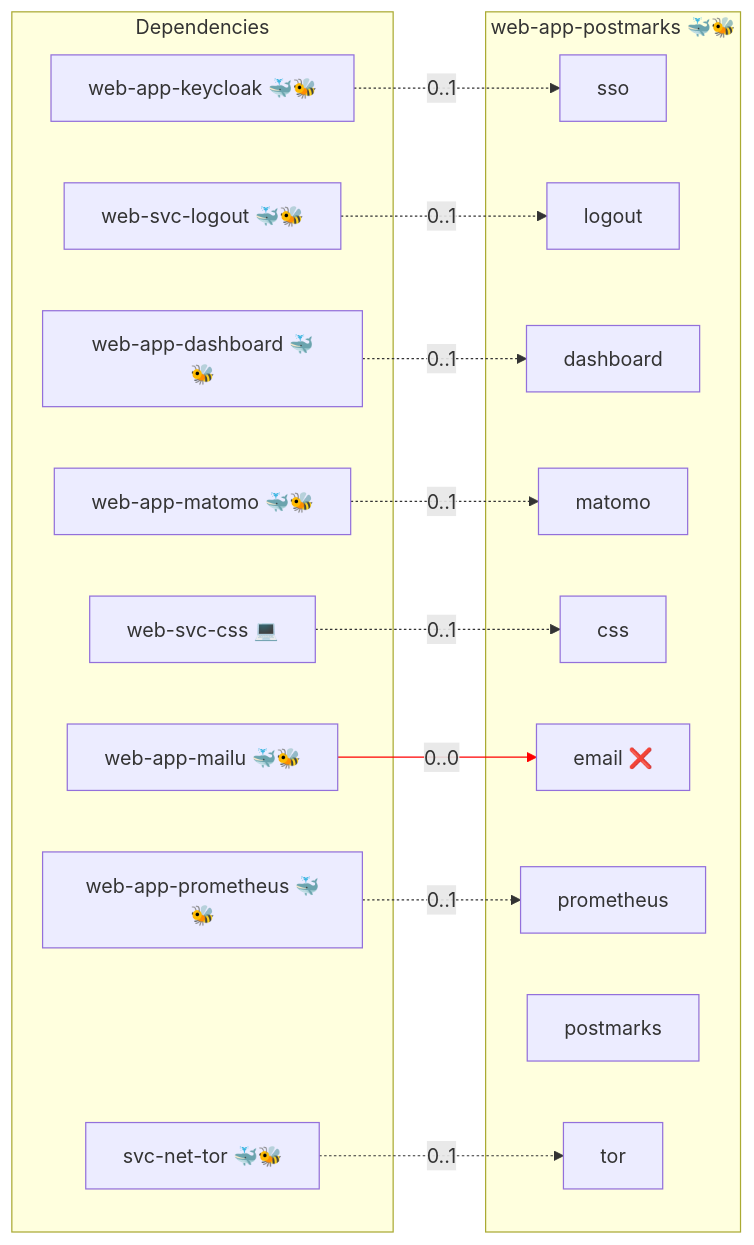
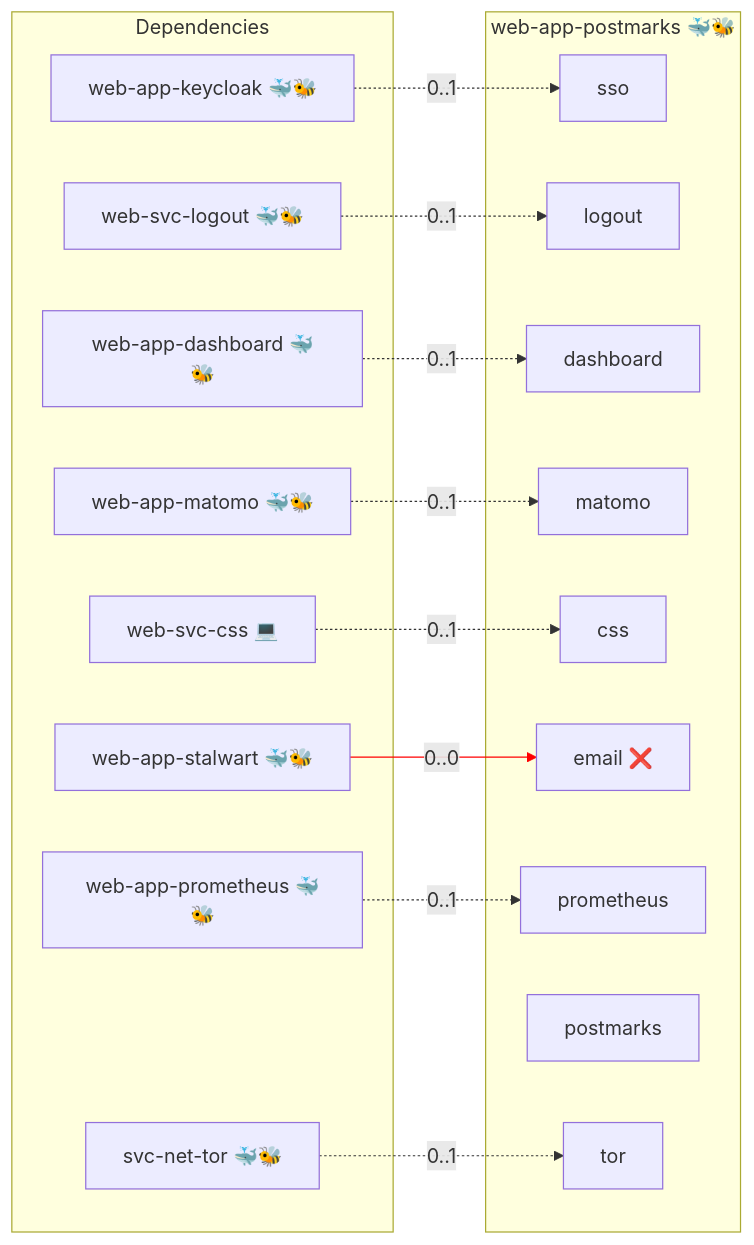
The diagram in roles/web-app-postmarks/README.md (AlejandroRomanIbanez/infinito-nexus), drawn with Mermaid before and after one commit. The commit also changed 67 other files, not shown here.

````diff
--- a/roles/web-app-postmarks/README.md
+++ b/roles/web-app-postmarks/README.md
@@ -15,33 +15,33 @@
 ```mermaid
 flowchart LR
     subgraph deps [Dependencies]
         dep_svc_net_tor["svc-net-tor 🐳🐝"]
         dep_web_app_dashboard["web-app-dashboard 🐳🐝"]
         dep_web_app_keycloak["web-app-keycloak 🐳🐝"]
-        dep_web_app_mailu["web-app-mailu 🐳🐝"]
         dep_web_app_matomo["web-app-matomo 🐳🐝"]
         dep_web_app_prometheus["web-app-prometheus 🐳🐝"]
+        dep_web_app_stalwart["web-app-stalwart 🐳🐝"]
         dep_web_svc_css["web-svc-css 💻"]
         dep_web_svc_logout["web-svc-logout 🐳🐝"]
     end
     subgraph role [web-app-postmarks 🐳🐝]
         svc_sso["sso"]
         svc_logout["logout"]
         svc_dashboard["dashboard"]
         svc_matomo["matomo"]
         svc_css["css"]
         svc_email["email ❌"]
         svc_prometheus["prometheus"]
         svc_postmarks["postmarks"]
         svc_tor["tor"]
     end
     dep_svc_net_tor -. "0..1" .-> svc_tor
     dep_web_app_dashboard -. "0..1" .-> svc_dashboard
     dep_web_app_keycloak -. "0..1" .-> svc_sso
-    dep_web_app_mailu -- "0..0" --> svc_email
     dep_web_app_matomo -. "0..1" .-> svc_matomo
     dep_web_app_prometheus -. "0..1" .-> svc_prometheus
+    dep_web_app_stalwart -- "0..0" --> svc_email
     dep_web_svc_css -. "0..1" .-> svc_css
     dep_web_svc_logout -. "0..1" .-> svc_logout
-    linkStyle 3 stroke:red;
+    linkStyle 5 stroke:red;
 ```
````
